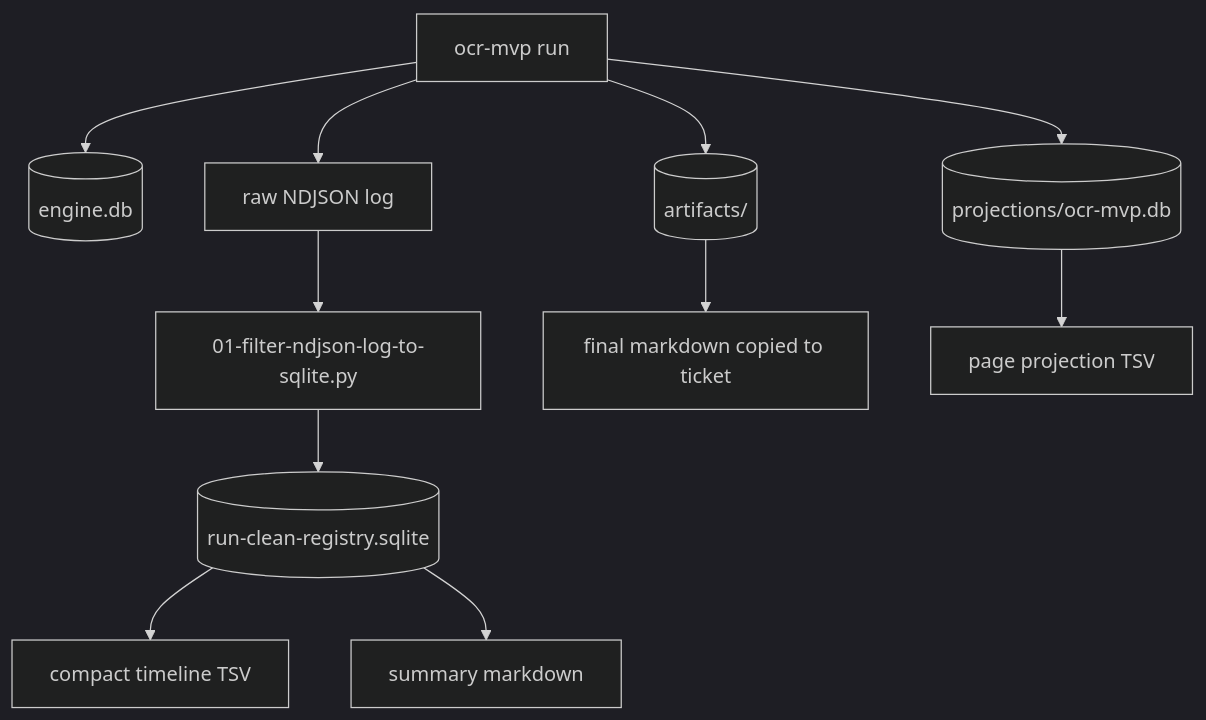
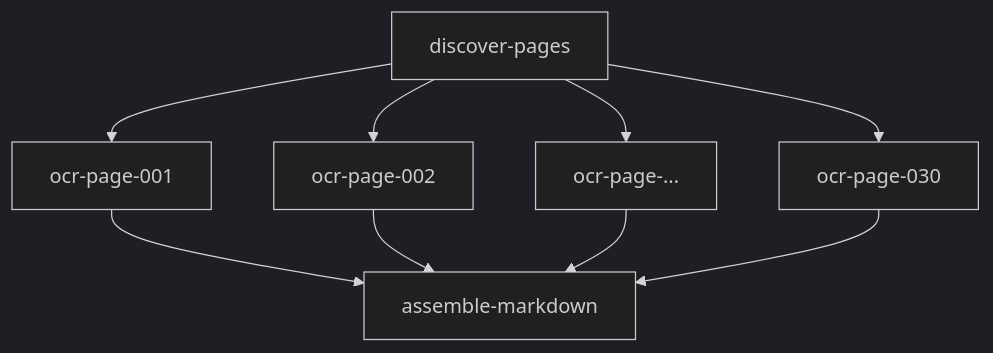
One commit to go-go-golems/go-go-parc changed the third of 4 diagrams in Projects/2026/05/24/ARTICLE - Book OCR Quality Lab - Baseline Runs SQLite Log Filtering and Experiment Provenance.md. Above: the diagram before and after it, drawn with Mermaid (dark theme). The commit also changed other lines of this file, not shown here.

Commit message:
Article: expand OCR quality lab report

````diff
--- a/Projects/2026/05/24/ARTICLE - Book OCR Quality Lab - Baseline Runs SQLite Log Filtering and Experiment Provenance.md
+++ b/Projects/2026/05/24/ARTICLE - Book OCR Quality Lab - Baseline Runs SQLite Log Filtering and Experiment Provenance.md
@@ -276,15 +929,11 @@
 ```mermaid
 flowchart TD
-    A[ocr-mvp run] --> B[(engine.db)]
-    A --> C[(artifacts/)]
-    A --> D[(projections/ocr-mvp.db)]
-    A --> E[raw NDJSON log]
-
-    E --> F[01-filter-ndjson-log-to-sqlite.py]
-    F --> G[(run-clean-registry.sqlite)]
-    G --> H[compact timeline TSV]
-    G --> I[summary markdown]
-
-    C --> J[final markdown copied to ticket]
-    D --> K[page projection TSV]
+    A[discover-pages] --> B[ocr-page-001]
+    A --> C[ocr-page-002]
+    A --> D[ocr-page-...]
+    A --> E[ocr-page-030]
+    B --> F[assemble-markdown]
+    C --> F
+    D --> F
+    E --> F
 ```
````
